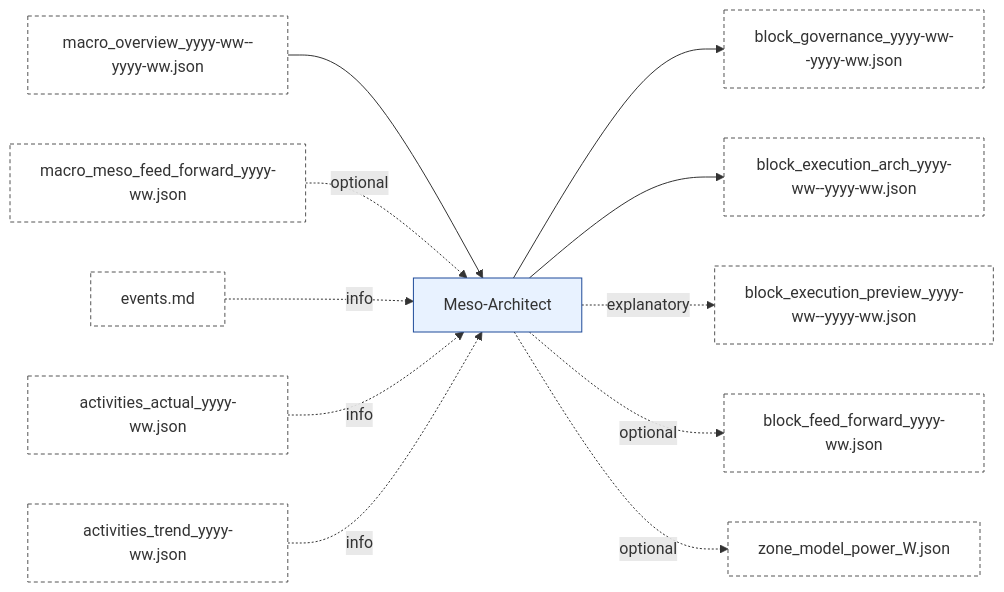
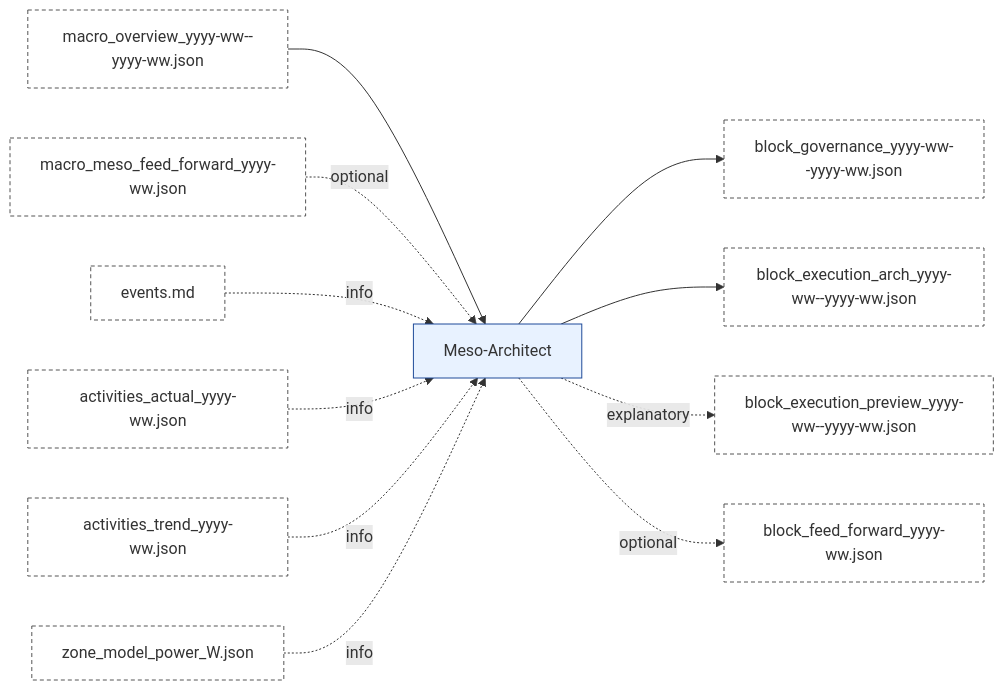
Before and after one commit to albauer-priv/RPS: the fourth of 8 diagrams in doc/artefact_flow_overview_and_detail.md, drawn with Mermaid. The commit also changed other lines of this file and 26 other files, not shown here.

Commit message:
Add data-pipeline zone model sourcing

````diff
--- a/doc/artefact_flow_overview_and_detail.md
+++ b/doc/artefact_flow_overview_and_detail.md
@@ -196,17 +198,17 @@
 ```mermaid
 flowchart LR
   MO[macro_overview_yyyy-ww--yyyy-ww.json]:::artefact --> ME[Meso-Architect]:::agent
   MMFF[macro_meso_feed_forward_yyyy-ww.json]:::artefact -. optional .-> ME
   EV[events.md]:::artefact -. info .-> ME
   AA[activities_actual_yyyy-ww.json]:::artefact -. info .-> ME
   AT[activities_trend_yyyy-ww.json]:::artefact -. info .-> ME
+  ZM[zone_model_power_<FTP>W.json]:::artefact -. info .-> ME
 
   ME --> BG[block_governance_yyyy-ww--yyyy-ww.json]:::artefact
   ME --> BEA[block_execution_arch_yyyy-ww--yyyy-ww.json]:::artefact
   ME -. explanatory .-> BEP[block_execution_preview_yyyy-ww--yyyy-ww.json]:::artefact
   ME -. optional .-> BFF[block_feed_forward_yyyy-ww.json]:::artefact
-  ME -. optional .-> ZM[zone_model_power_<FTP>W.json]:::artefact
 
   classDef agent fill:#e8f2ff,stroke:#1f4b99,stroke-width:1px;
   classDef artefact fill:#ffffff,stroke:#555,stroke-dasharray: 4 3,stroke-width:1px;
 ```
````
